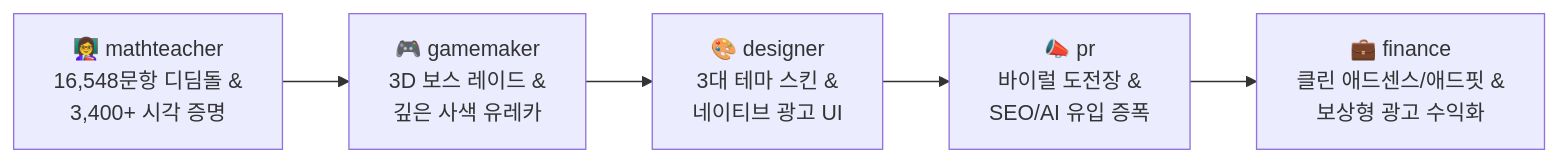
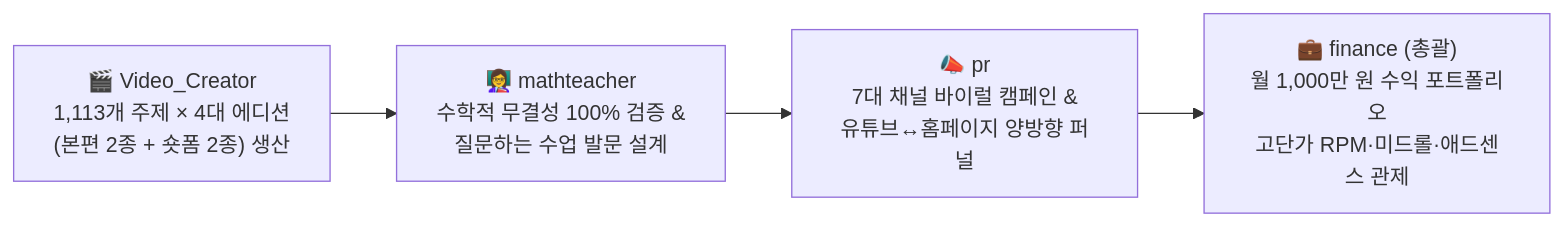
The diagram in .agents/skills/finance/SKILL.md (min7014/mathedu), drawn with Mermaid before and after one commit. The commit also changed other lines of this file and 7 other files, not shown here.

````diff
--- a/.agents/skills/finance/SKILL.md
+++ b/.agents/skills/finance/SKILL.md
@@ -18,7 +18,6 @@
 ```mermaid
 flowchart LR
-    M["👩‍🏫 mathteacher<br/>16,548문항 디딤돌 &<br/>3,400+ 시각 증명"] --> G["🎮 gamemaker<br/>3D 보스 레이드 &<br/>깊은 사색 유레카"]
-    G --> D["🎨 designer<br/>3대 테마 스킨 &<br/>네이티브 광고 UI"]
-    D --> P["📣 pr<br/>바이럴 도전장 &<br/>SEO/AI 유입 증폭"]
-    P --> F["💼 finance<br/>클린 애드센스/애드핏 &<br/>보상형 광고 수익화"]
+    VC["🎬 Video_Creator<br/>1,113개 주제 × 4대 에디션<br/>(본편 2종 + 숏폼 2종) 생산"] --> MT["👩‍🏫 mathteacher<br/>수학적 무결성 100% 검증 &<br/>질문하는 수업 발문 설계"]
+    MT --> PR["📣 pr<br/>7대 채널 바이럴 캠페인 &<br/>유튜브↔홈페이지 양방향 퍼널"]
+    PR --> FIN["💼 finance (총괄)<br/>월 1,000만 원 수익 포트폴리오<br/>고단가 RPM·미드롤·애드센스 관제"]
 ```
````
